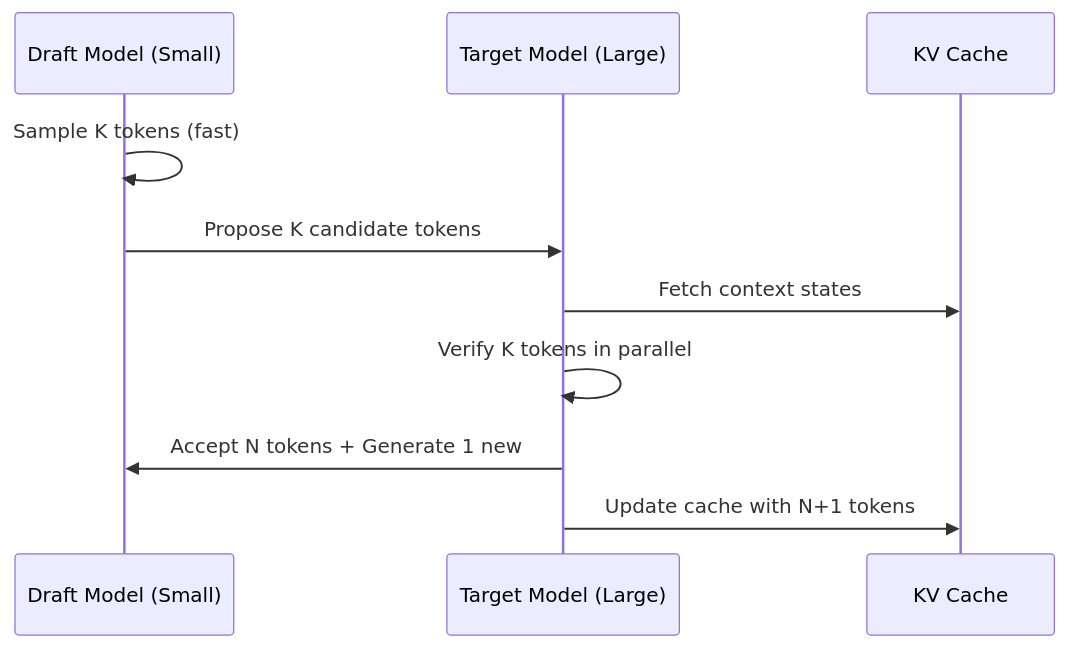
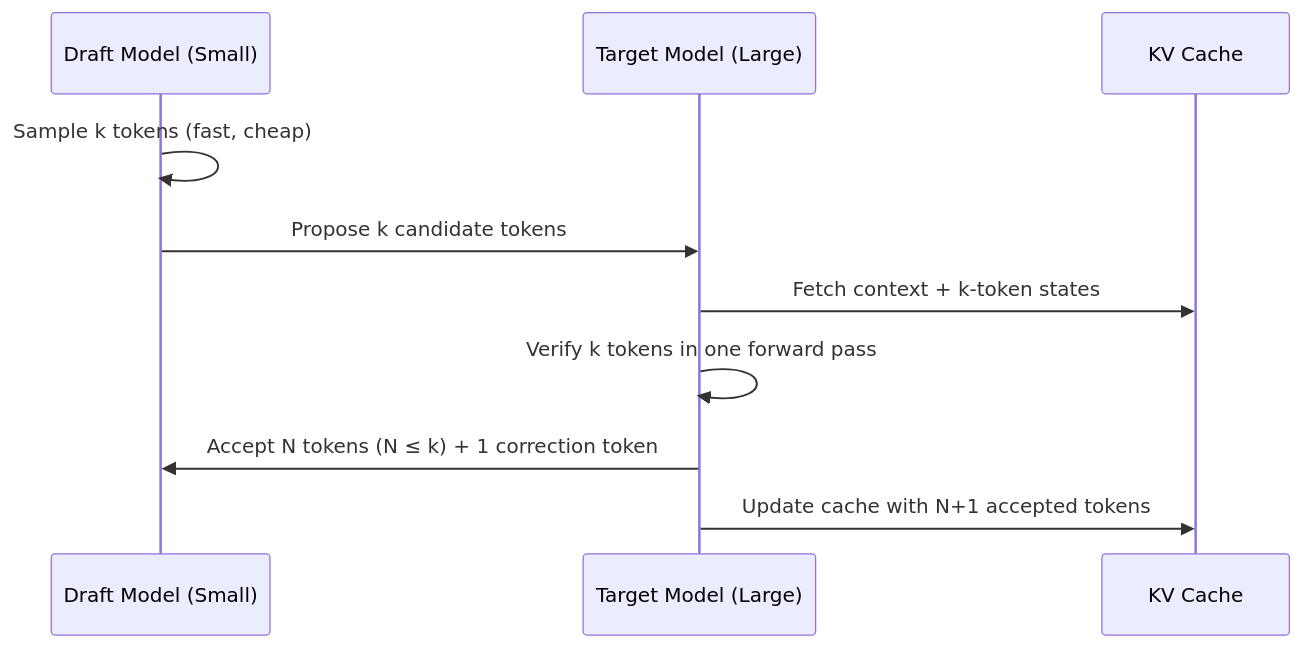
Before and after one commit to adiel2012/gpt-model-training: the first of 2 diagrams in md_book/ch14_inference.md, drawn with Mermaid. The commit also changed other lines of this file and 9 other files, not shown here.

````diff
--- a/md_book/ch14_inference.md
+++ b/md_book/ch14_inference.md
@@ -31,13 +57,13 @@
 ```mermaid
 sequenceDiagram
     participant Draft as Draft Model (Small)
     participant Target as Target Model (Large)
     participant KV as KV Cache
-    
-    Draft->>Draft: Sample K tokens (fast)
-    Draft->>Target: Propose K candidate tokens
-    Target->>KV: Fetch context states
-    Target->>Target: Verify K tokens in parallel
-    Target->>Draft: Accept N tokens + Generate 1 new
-    Target->>KV: Update cache with N+1 tokens
+
+    Draft->>Draft: Sample k tokens (fast, cheap)
+    Draft->>Target: Propose k candidate tokens
+    Target->>KV: Fetch context + k-token states
+    Target->>Target: Verify k tokens in one forward pass
+    Target->>Draft: Accept N tokens (N ≤ k) + 1 correction token
+    Target->>KV: Update cache with N+1 accepted tokens
 ```
````
